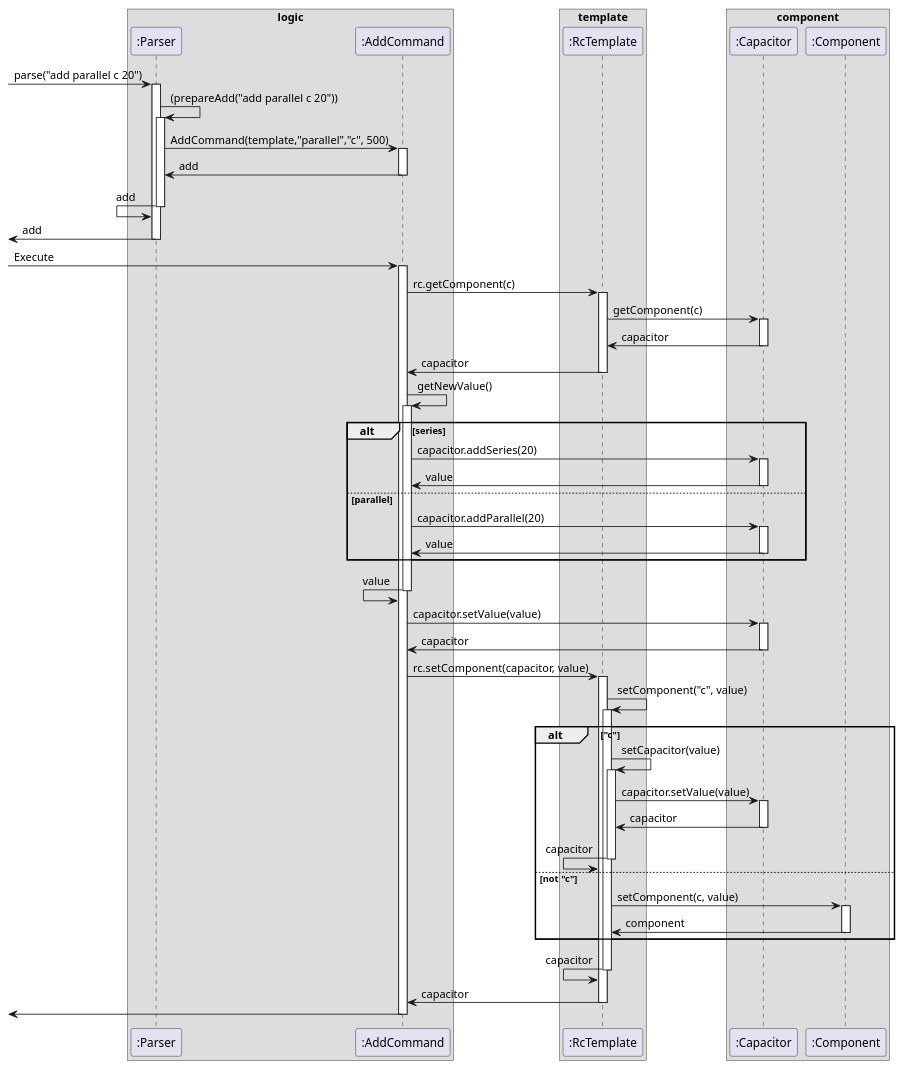
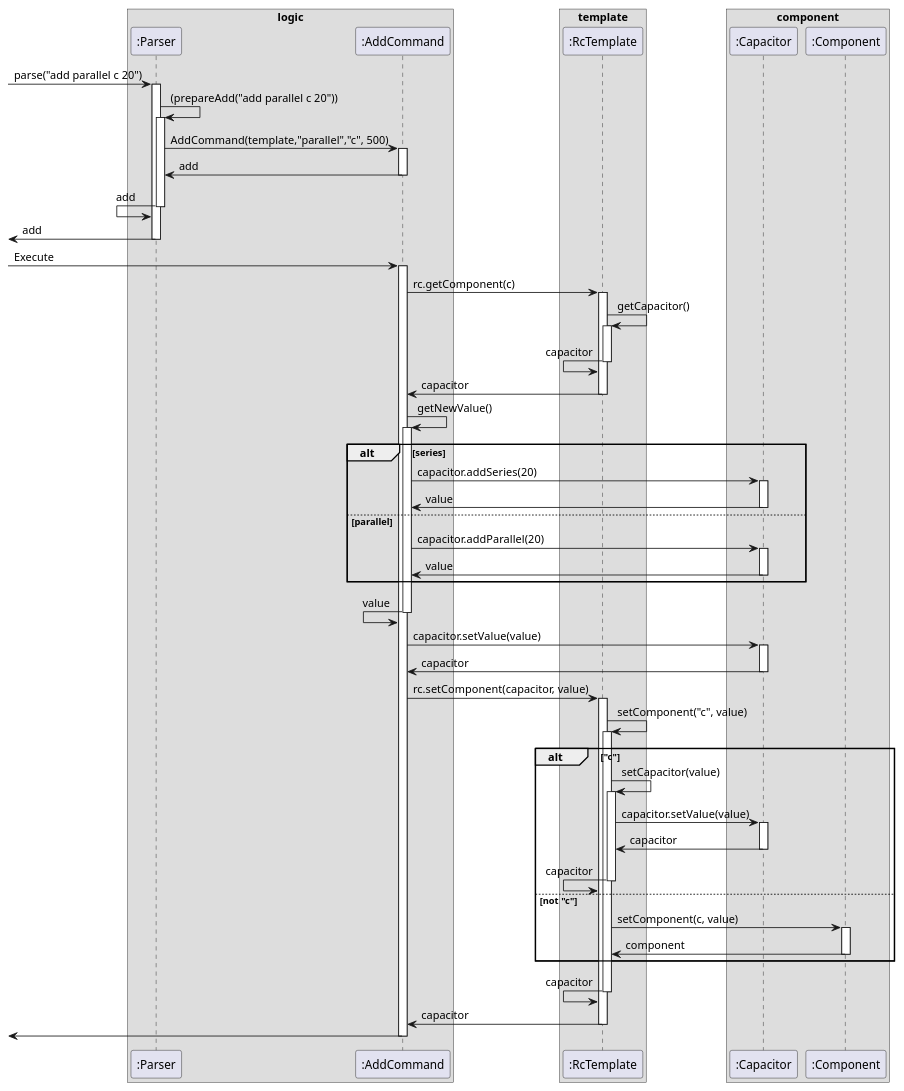
The diagram in docs/diagrams/AddSequenceDiagram.puml (sevenseasofbri/tp), drawn with PlantUML before and after one commit.

```diff
--- a/docs/diagrams/AddSequenceDiagram.puml
+++ b/docs/diagrams/AddSequenceDiagram.puml
@@ -1,117 +1,117 @@
 @startuml
 
 box logic
 participant ":Parser" as Parser
 participant ":AddCommand" as AddCommand
 end box
 
 box template
 participant ":RcTemplate" as RcTemplate
 end box
 
 box component
 participant ":Capacitor" as Capacitor
 participant ":Component" as Component
 end box
 
 [-> Parser : parse("add parallel c 20")
 activate Parser
 
 Parser -> Parser : (prepareAdd("add parallel c 20"))
 activate Parser
 
 Parser -> AddCommand : AddCommand(template,"parallel","c", 500)
 activate AddCommand
 
 Parser <- AddCommand : add
 deactivate AddCommand
 
 Parser <- Parser : add
 deactivate Parser
 
 [<- Parser : add
 deactivate Parser
 
 [-> AddCommand: Execute
 activate AddCommand
 
 AddCommand -> RcTemplate : rc.getComponent(c)
 activate RcTemplate
 
-RcTemplate -> Capacitor : getComponent(c)
-activate Capacitor
+RcTemplate -> RcTemplate : getCapacitor()
+activate RcTemplate
 
-RcTemplate <- Capacitor : capacitor
-deactivate Capacitor
+RcTemplate <- RcTemplate : capacitor
+deactivate RcTemplate
 
 AddCommand <- RcTemplate : capacitor
 deactivate RcTemplate
 
 AddCommand -> AddCommand : getNewValue()
 activate AddCommand
 
 alt series
 AddCommand -> Capacitor : capacitor.addSeries(20)
 activate Capacitor
 
 AddCommand <- Capacitor : value
 deactivate Capacitor
 
 else parallel
 AddCommand -> Capacitor : capacitor.addParallel(20)
 activate Capacitor
 
 AddCommand <- Capacitor : value
 deactivate Capacitor
 end
 
 AddCommand <- AddCommand : value
 deactivate AddCommand
 
 AddCommand -> Capacitor : capacitor.setValue(value)
 activate Capacitor
 
 AddCommand <- Capacitor : capacitor
 deactivate Capacitor
 
 AddCommand -> RcTemplate: rc.setComponent(capacitor, value)
 activate RcTemplate
 
 RcTemplate -> RcTemplate: setComponent("c", value)
 activate RcTemplate
 
 alt "c"
 RcTemplate -> RcTemplate: setCapacitor(value)
 activate RcTemplate
 
 RcTemplate -> Capacitor: capacitor.setValue(value)
 activate Capacitor
 
 RcTemplate <- Capacitor: capacitor
 deactivate Capacitor
 
 RcTemplate <- RcTemplate: capacitor
 deactivate RcTemplate
 
 else not "c"
 RcTemplate -> Component: setComponent(c, value)
 activate Component
 
 RcTemplate <- Component: component
 deactivate Component
 end
 
 RcTemplate <- RcTemplate: capacitor
 deactivate RcTemplate
 
 AddCommand <- RcTemplate: capacitor
 deactivate RcTemplate
 
 [<- AddCommand
 deactivate AddCommand
 
 
 
 
 
 @enduml
```
